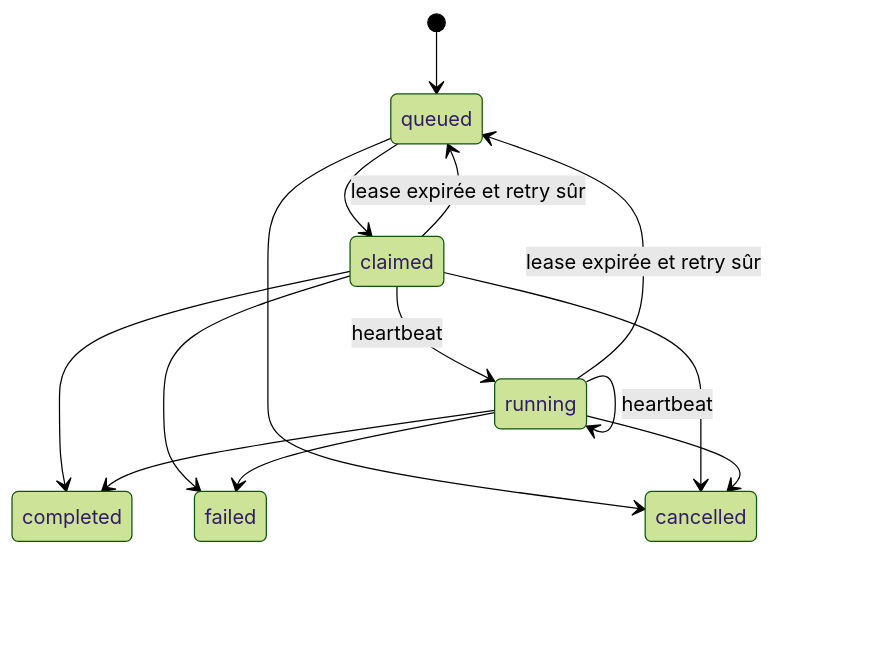
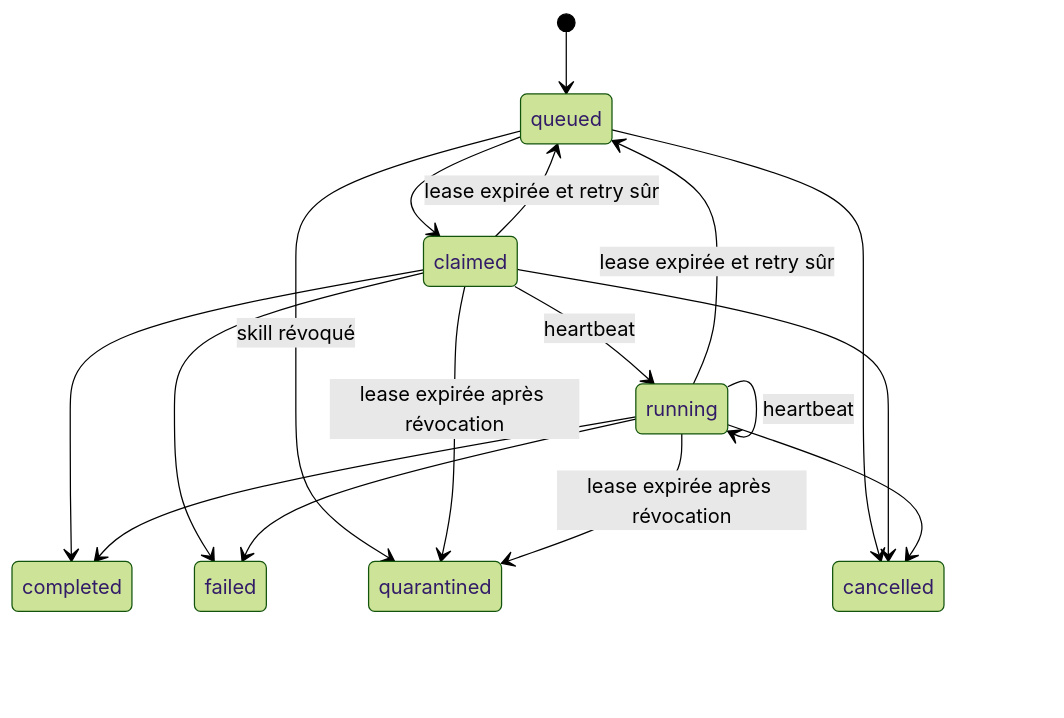
Before and after one commit to ales27pm/swarmer: the second of 2 diagrams in docs/07-agent-swarm-protocol.md, drawn with Mermaid (forest theme). The commit also changed other lines of this file and 11 other files, not shown here.

````diff
--- a/docs/07-agent-swarm-protocol.md
+++ b/docs/07-agent-swarm-protocol.md
@@ -145,16 +149,19 @@
 ```mermaid
 stateDiagram-v2
   [*] --> queued
   queued --> claimed
   claimed --> running: heartbeat
   claimed --> completed
   claimed --> failed
   running --> running: heartbeat
   running --> completed
   running --> failed
+  queued --> quarantined: skill révoqué
+  claimed --> quarantined: lease expirée après révocation
+  running --> quarantined: lease expirée après révocation
   claimed --> queued: lease expirée et retry sûr
   running --> queued: lease expirée et retry sûr
   queued --> cancelled
   claimed --> cancelled
   running --> cancelled
 ```
````
